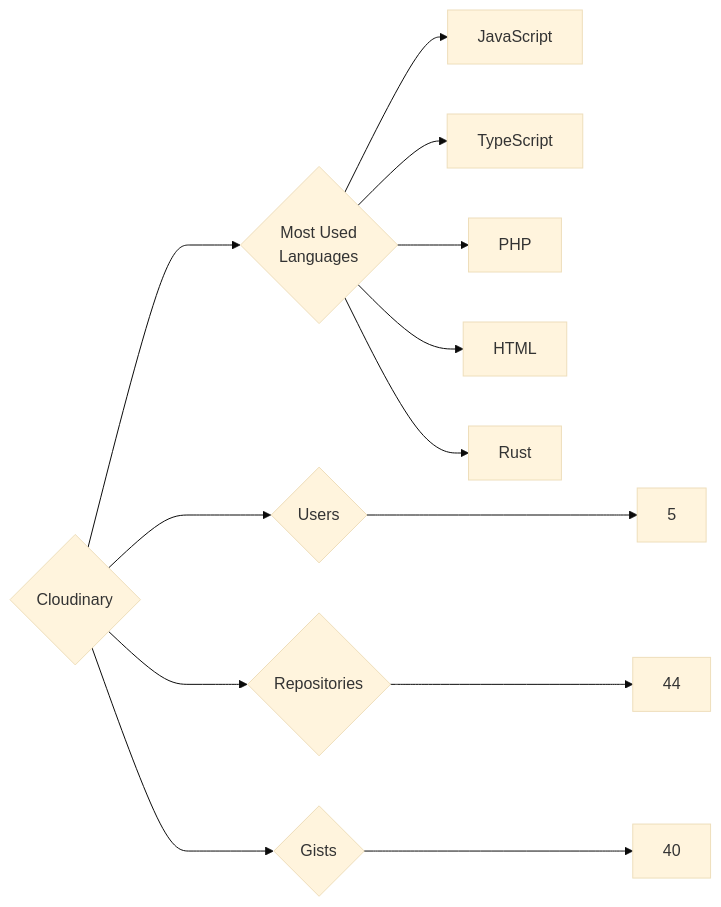
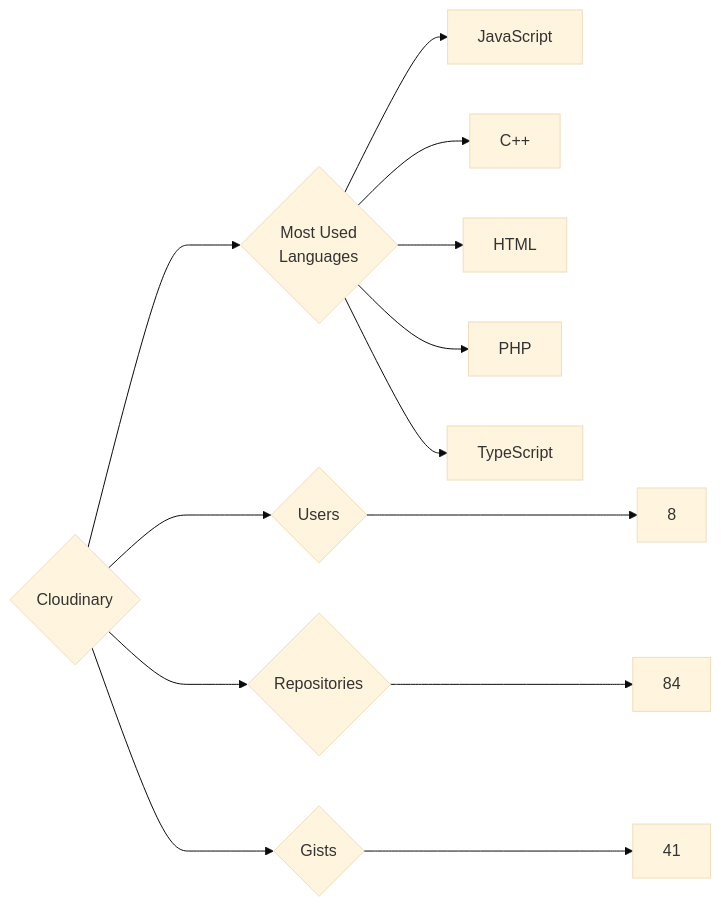
One commit to trickest/insiders changed the diagram in targets/Cloudinary/README.md. Above: the diagram before and after it, drawn with Mermaid (base theme). The commit also changed 715 other files, not shown here.

````diff
--- a/targets/Cloudinary/README.md
+++ b/targets/Cloudinary/README.md
@@ -3,13 +3,13 @@
 ```mermaid
 graph LR
 COMPANY_NAME{Cloudinary}
-COMPANY_NAME ---> U{Users} ---> UN[5]
-COMPANY_NAME ---> R{Repositories} ---> RN[44]
-COMPANY_NAME ---> G{Gists} ---> GN[40]
+COMPANY_NAME ---> U{Users} ---> UN[8]
+COMPANY_NAME ---> R{Repositories} ---> RN[84]
+COMPANY_NAME ---> G{Gists} ---> GN[41]
 COMPANY_NAME ---> ML{Most Used<br>Languages}
 ML --> JavaScript[JavaScript]
+ML --> C++[C++]
+ML --> HTML[HTML]
+ML --> PHP[PHP]
 ML --> TypeScript[TypeScript]
-ML --> PHP[PHP]
-ML --> HTML[HTML]
-ML --> Rust[Rust]
 ```
````
